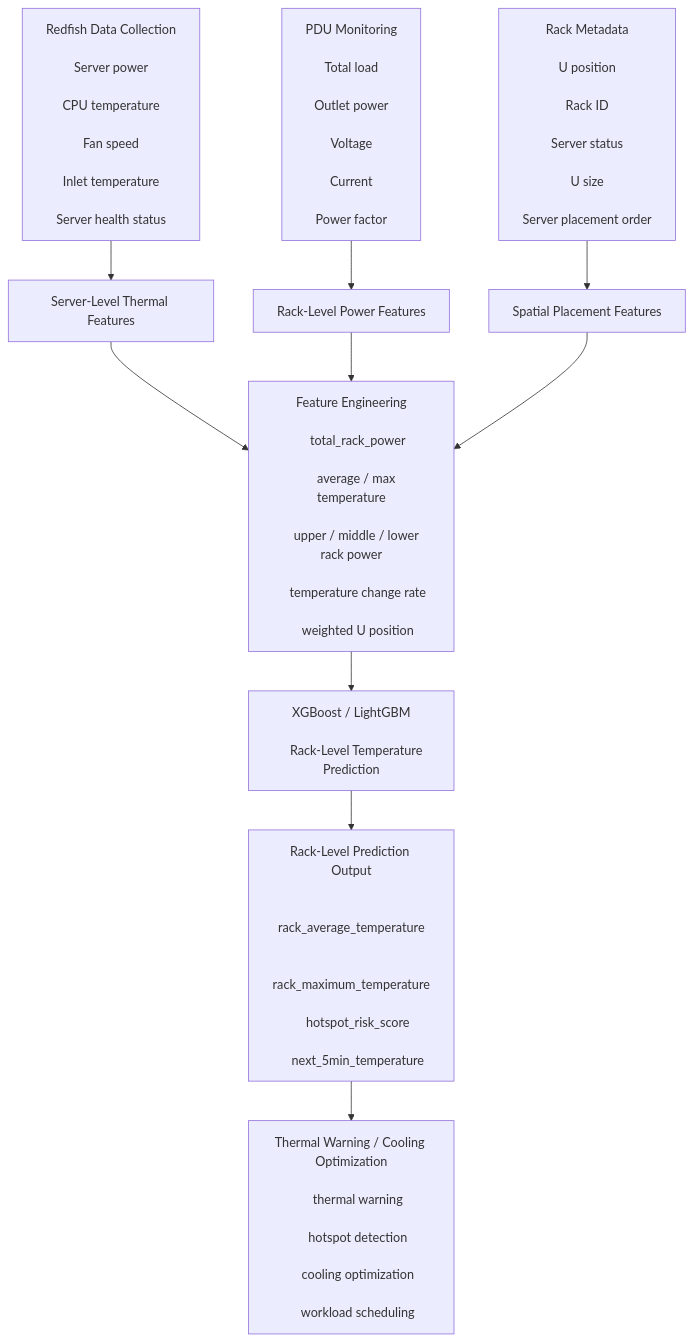
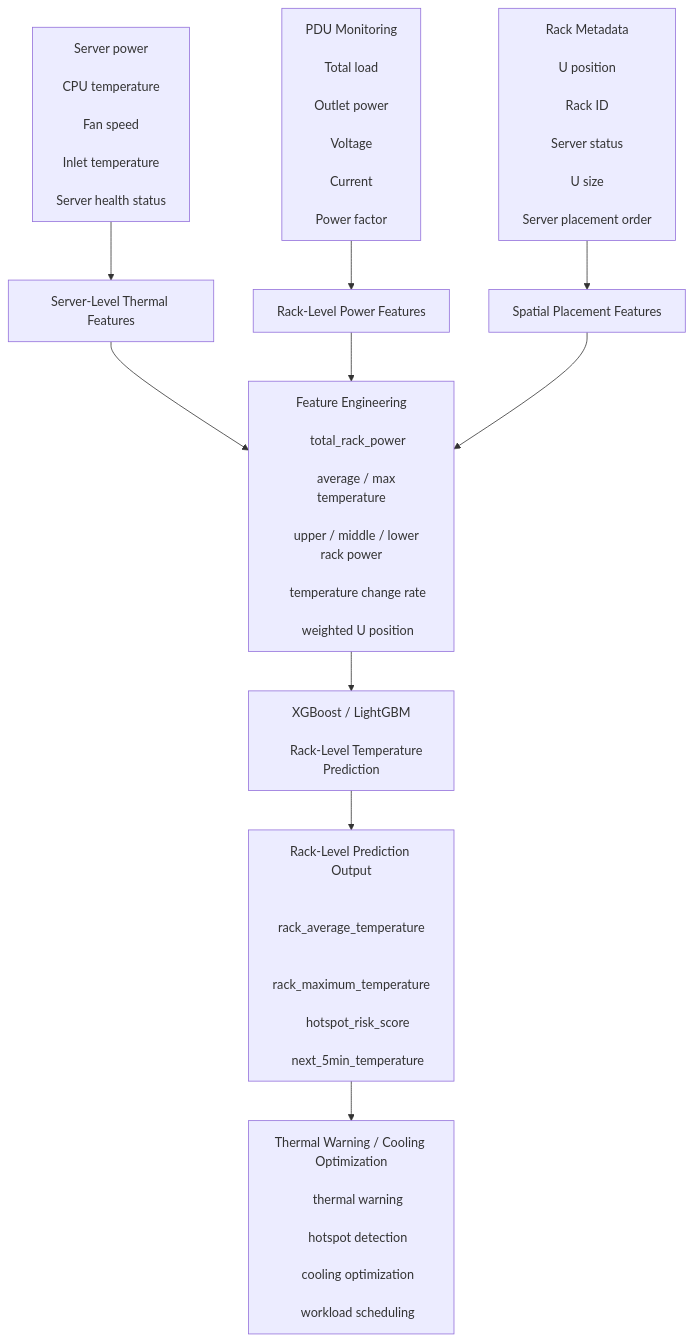
One commit to yihsunnnn/MWN-2026-M11502273-Chynna changed the diagram in [0519]report/0526~0528_study_note.md. Above: the diagram before and after it, drawn with Mermaid.

````diff
--- a/[0519]report/0526~0528_study_note.md
+++ b/[0519]report/0526~0528_study_note.md
@@ -61,61 +61,60 @@
 ```mermaid
 flowchart TB
-    A["Redfish Data Collection<br/>
-    Server power<br/>
+    A["Server power<br/>
     CPU temperature<br/>
     Fan speed<br/>
     Inlet temperature<br/>
     Server health status"]
 
     B["PDU Monitoring<br/>
     Total load<br/>
     Outlet power<br/>
     Voltage<br/>
     Current<br/>
     Power factor"]
 
     C["Rack Metadata<br/>
     U position<br/>
     Rack ID<br/>
     Server status<br/>
     U size<br/>
     Server placement order"]
 
     D["Server-Level Thermal Features"]
     E["Rack-Level Power Features"]
     F["Spatial Placement Features"]
 
     G["Feature Engineering<br/>
     total_rack_power<br/>
     average / max temperature<br/>
     upper / middle / lower rack power<br/>
     temperature change rate<br/>
     weighted U position"]
 
     H["XGBoost / LightGBM<br/>
     Rack-Level Temperature Prediction"]
 
     I["Rack-Level Prediction Output<br/>
     rack_average_temperature<br/>
     rack_maximum_temperature<br/>
     hotspot_risk_score<br/>
     next_5min_temperature"]
 
     J["Thermal Warning / Cooling Optimization<br/>
     thermal warning<br/>
     hotspot detection<br/>
     cooling optimization<br/>
     workload scheduling"]
 
     A --> D
     B --> E
     C --> F
 
     D --> G
     E --> G
     F --> G
 
     G --> H
     H --> I
     I --> J
 ```
````
